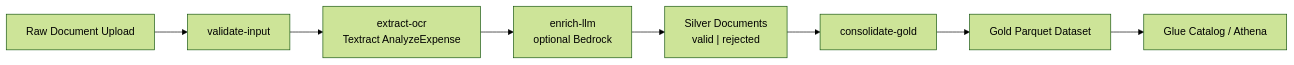
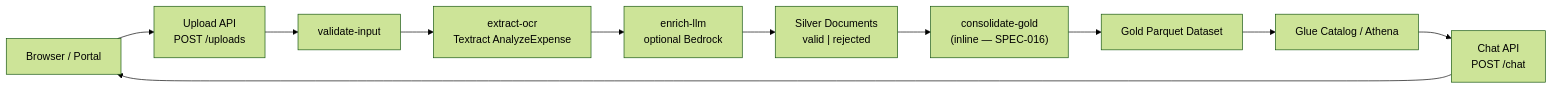
The first of 5 diagrams in docs/resources/diagram.md (Merlin2098/invoice_pipeline), drawn with Mermaid (forest theme) before and after one commit. The commit also changed other lines of this file and 16 other files, not shown here.

````diff
--- a/docs/resources/diagram.md
+++ b/docs/resources/diagram.md
@@ -9,10 +9,13 @@
 ```mermaid
 flowchart LR
-    A["Raw Document Upload"] --> B["validate-input"]
+    A["Browser / Portal"] --> UP["Upload API<br/>POST /uploads"]
+    UP --> B["validate-input"]
     B --> C["extract-ocr<br/>Textract AnalyzeExpense"]
     C --> D["enrich-llm<br/>optional Bedrock"]
     D --> E["Silver Documents<br/>valid | rejected"]
-    E --> F["consolidate-gold"]
+    E --> F["consolidate-gold<br/>(inline — SPEC-016)"]
     F --> G["Gold Parquet Dataset"]
     G --> H["Glue Catalog / Athena"]
+    H --> CH["Chat API<br/>POST /chat"]
+    CH --> A
 ```
````
